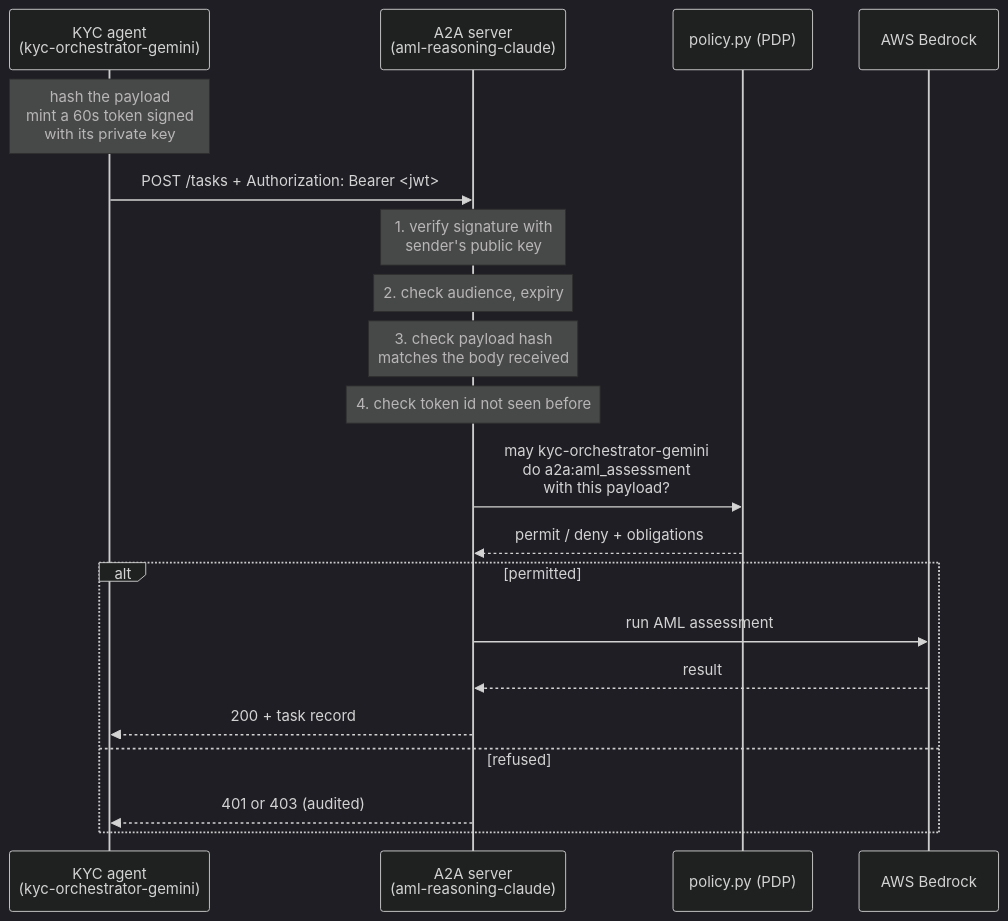
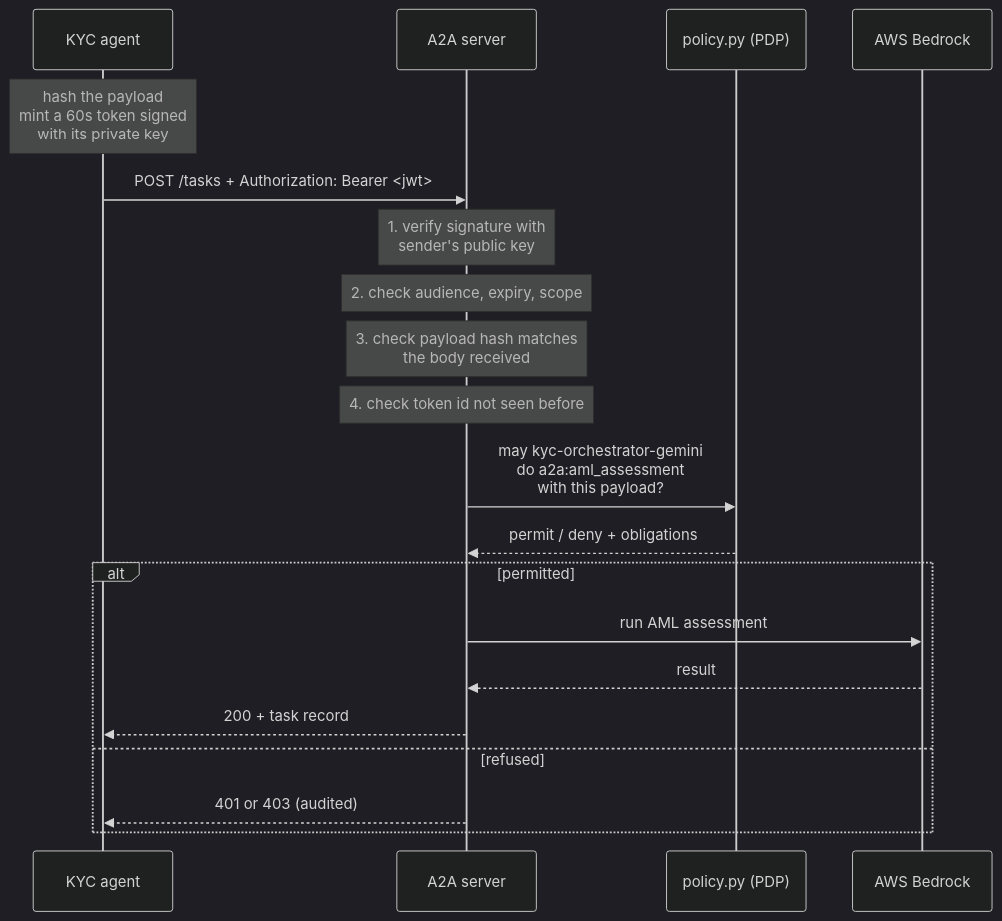
Before and after one commit to RaviTejaMandapati89/kyc-aml-multiagent: the diagram in DESIGN.md, drawn with Mermaid (dark theme). The commit also changed other lines of this file, not shown here.

````diff
--- a/DESIGN.md
+++ b/DESIGN.md
@@ -128,23 +167,23 @@
 ```mermaid
 sequenceDiagram
-    participant K as KYC agent<br/>(kyc-orchestrator-gemini)
-    participant A as A2A server<br/>(aml-reasoning-claude)
+    participant K as KYC agent
+    participant A as A2A server
     participant P as policy.py (PDP)
     participant B as AWS Bedrock
 
     Note over K: hash the payload<br/>mint a 60s token signed<br/>with its private key
     K->>A: POST /tasks + Authorization: Bearer <jwt>
     Note over A: 1. verify signature with<br/>sender's public key
-    Note over A: 2. check audience, expiry
-    Note over A: 3. check payload hash<br/>matches the body received
+    Note over A: 2. check audience, expiry, scope
+    Note over A: 3. check payload hash matches<br/>the body received
     Note over A: 4. check token id not seen before
     A->>P: may kyc-orchestrator-gemini<br/>do a2a:aml_assessment<br/>with this payload?
     P-->>A: permit / deny + obligations
     alt permitted
         A->>B: run AML assessment
         B-->>A: result
         A-->>K: 200 + task record
     else refused
         A-->>K: 401 or 403 (audited)
     end
 ```
````
